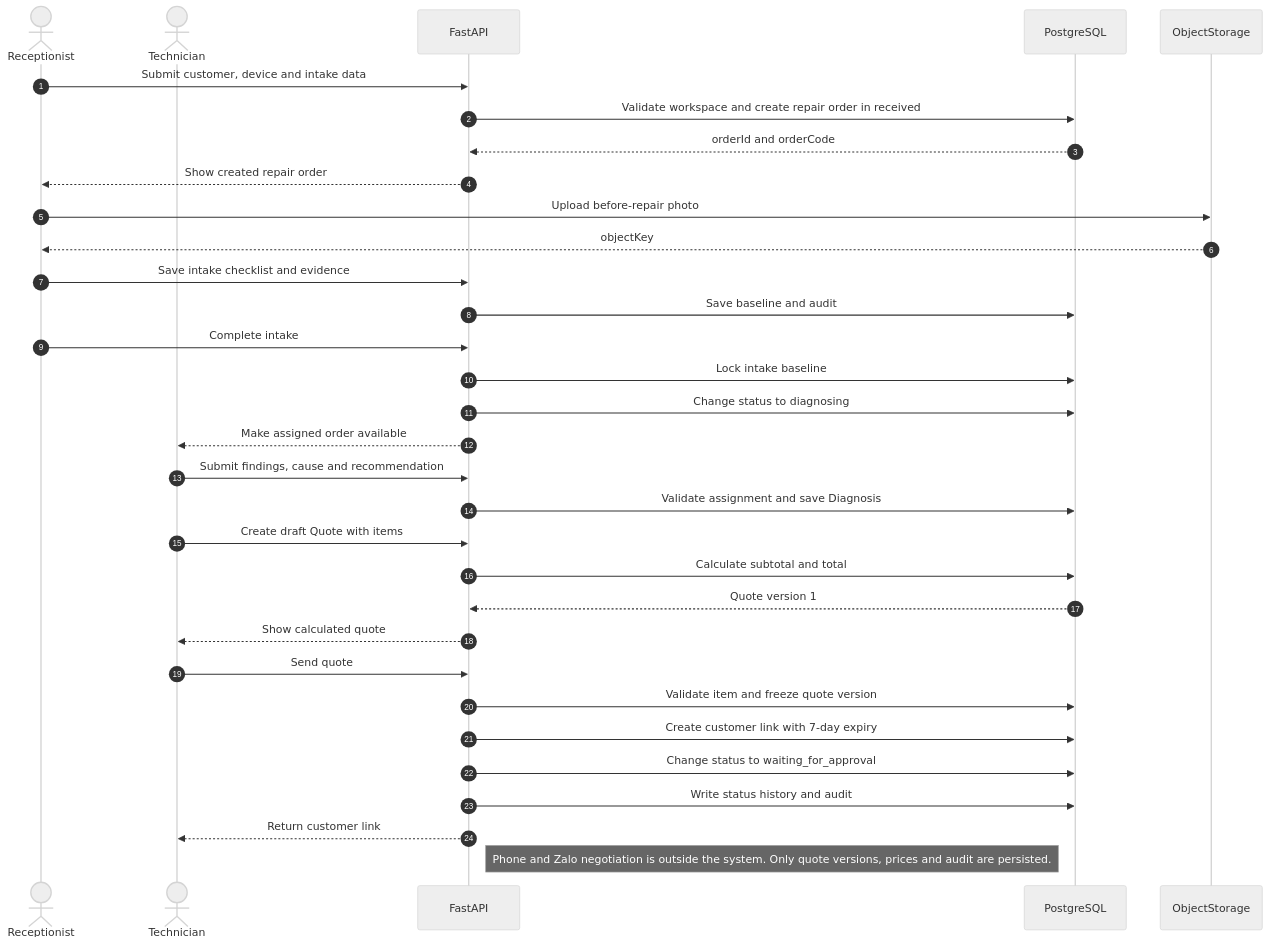
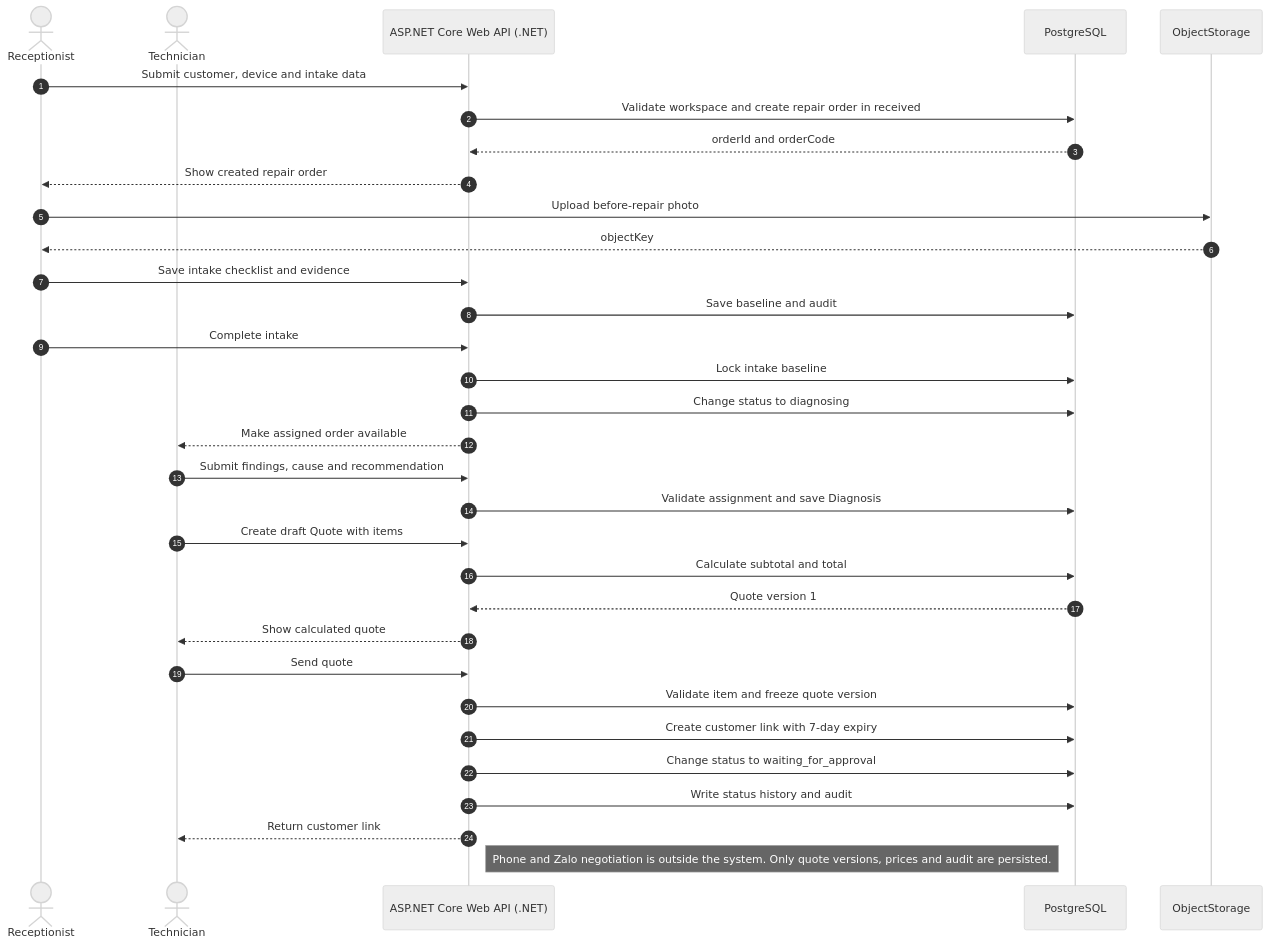
The second of 5 diagrams in docs/v0/04-architecture-c4-arc42.md (datdt03/DOTHANHDAT_INTERN_01278), drawn with Mermaid (neutral theme) before and after one commit. The commit also changed other lines of this file and 52 other files, not shown here.

````diff
--- a/docs/v0/04-architecture-c4-arc42.md
+++ b/docs/v0/04-architecture-c4-arc42.md
@@ -538,39 +553,39 @@
 ```mermaid
 sequenceDiagram
     autonumber
     actor Receptionist
     actor Technician
-    participant API as FastAPI
+    participant API as ASP.NET Core Web API (.NET)
     participant DB as PostgreSQL
     participant Storage as ObjectStorage
 
     Receptionist->>API: Submit customer, device and intake data
     API->>DB: Validate workspace and create repair order in received
     DB-->>API: orderId and orderCode
     API-->>Receptionist: Show created repair order
 
     Receptionist->>Storage: Upload before-repair photo
     Storage-->>Receptionist: objectKey
     Receptionist->>API: Save intake checklist and evidence
     API->>DB: Save baseline and audit
     Receptionist->>API: Complete intake
     API->>DB: Lock intake baseline
     API->>DB: Change status to diagnosing
     API-->>Technician: Make assigned order available
 
     Technician->>API: Submit findings, cause and recommendation
     API->>DB: Validate assignment and save Diagnosis
     Technician->>API: Create draft Quote with items
     API->>DB: Calculate subtotal and total
     DB-->>API: Quote version 1
     API-->>Technician: Show calculated quote
 
     Technician->>API: Send quote
     API->>DB: Validate item and freeze quote version
     API->>DB: Create customer link with 7-day expiry
     API->>DB: Change status to waiting_for_approval
     API->>DB: Write status history and audit
     API-->>Technician: Return customer link
 
     Note right of API: Phone and Zalo negotiation is outside the system. Only quote versions, prices and audit are persisted.
 ```
````
